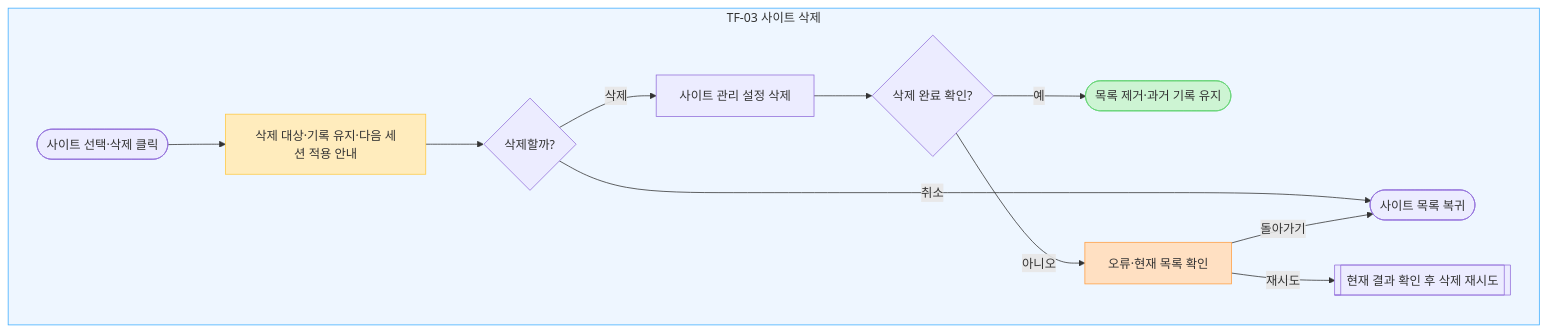
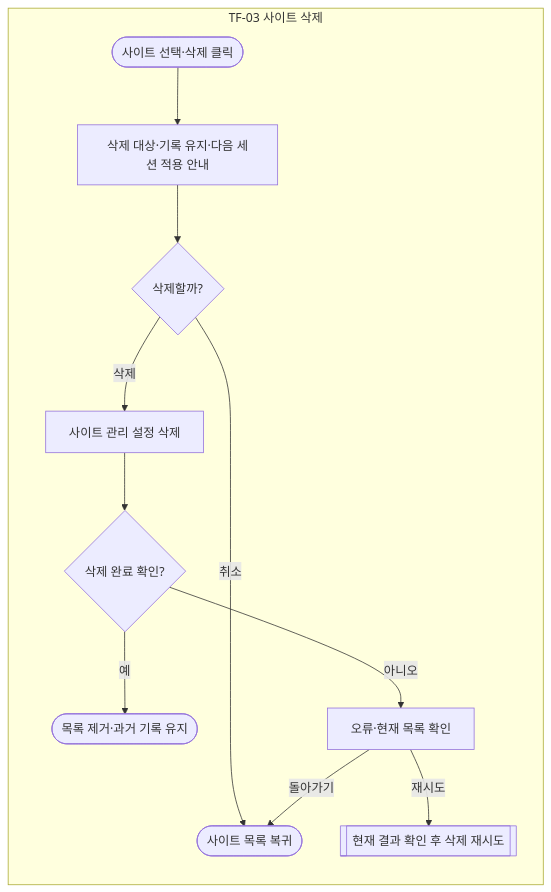
One commit to kdu-sw-capstone/capstone-project changed the third of 13 diagrams in docs/design/01_UX_기능설계/FOCURVE_Task_Flow_v1.0.md. Above: the diagram before and after it, drawn with Mermaid. The commit also changed other lines of this file and 34 other files, not shown here.

````diff
--- a/docs/design/01_UX_기능설계/FOCURVE_Task_Flow_v1.0.md
+++ b/docs/design/01_UX_기능설계/FOCURVE_Task_Flow_v1.0.md
@@ -171,27 +165,24 @@
 ```mermaid
 flowchart TB
 subgraph taskThree["TF-03 사이트 삭제"]
+    direction TB
 delOpen(["사이트 선택·삭제 클릭"])
 delImpact["삭제 대상·기록 유지·다음 세션 적용 안내"]
 delConfirm{"삭제할까?"}
 delRequest["사이트 관리 설정 삭제"]
 delResult{"삭제 완료 확인?"}
 delError["오류·현재 목록 확인"]
 delDone(["목록 제거·과거 기록 유지"])
 delCancel(["사이트 목록 복귀"])
 delOpen --> delImpact
 delImpact --> delConfirm
 delConfirm -->|"취소"| delCancel
 delConfirm -->|"삭제"| delRequest
 delRequest --> delResult
 delResult -->|"예"| delDone
 delResult -->|"아니오"| delError
 delError -->|"재시도"| delRetry
 delError -->|"돌아가기"| delCancel
 delRetry[["현재 결과 확인 후 삭제 재시도"]]
 end
-style taskThree fill:#EEF6FF,stroke:#3DADFF
-style delImpact fill:#FFECBD,stroke:#FFC943
-style delError fill:#FFE0C2,stroke:#FF9E42
-style delDone fill:#CDF4D3,stroke:#66D575
 ```
````
